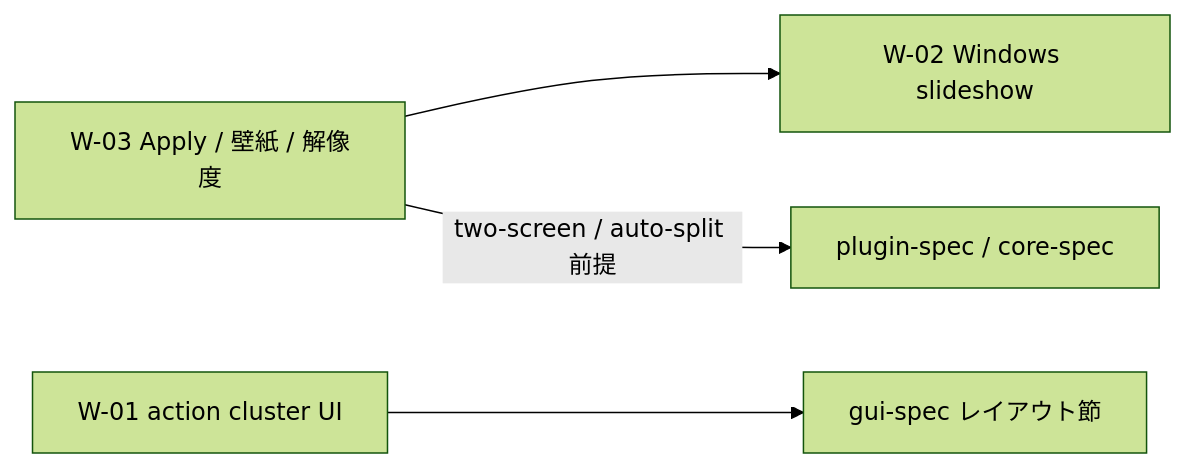
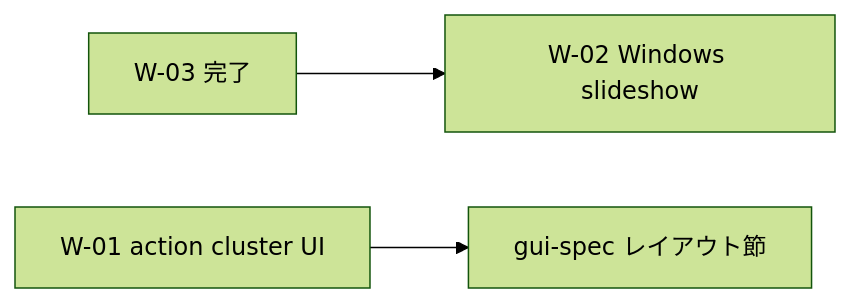
The diagram in docs/working/20260531-1200-windows-qt-validation-backlog.md (oggy8021/Harite), drawn with Mermaid (forest theme) before and after one commit. The commit also changed other lines of this file and 5 other files, not shown here.

````diff
--- a/docs/working/20260531-1200-windows-qt-validation-backlog.md
+++ b/docs/working/20260531-1200-windows-qt-validation-backlog.md
@@ -22,10 +21,9 @@
 ```mermaid
 flowchart LR
-  W03[W-03 Apply / 壁紙 / 解像度]
+  W03[W-03 完了]
   W02[W-02 Windows slideshow]
   W01[W-01 action cluster UI]
 
   W03 --> W02
-  W03 -->|"two-screen / auto-split 前提"| SpecPlugin[plugin-spec / core-spec]
   W01 --> SpecGUI[gui-spec レイアウト節]
 ```
````
